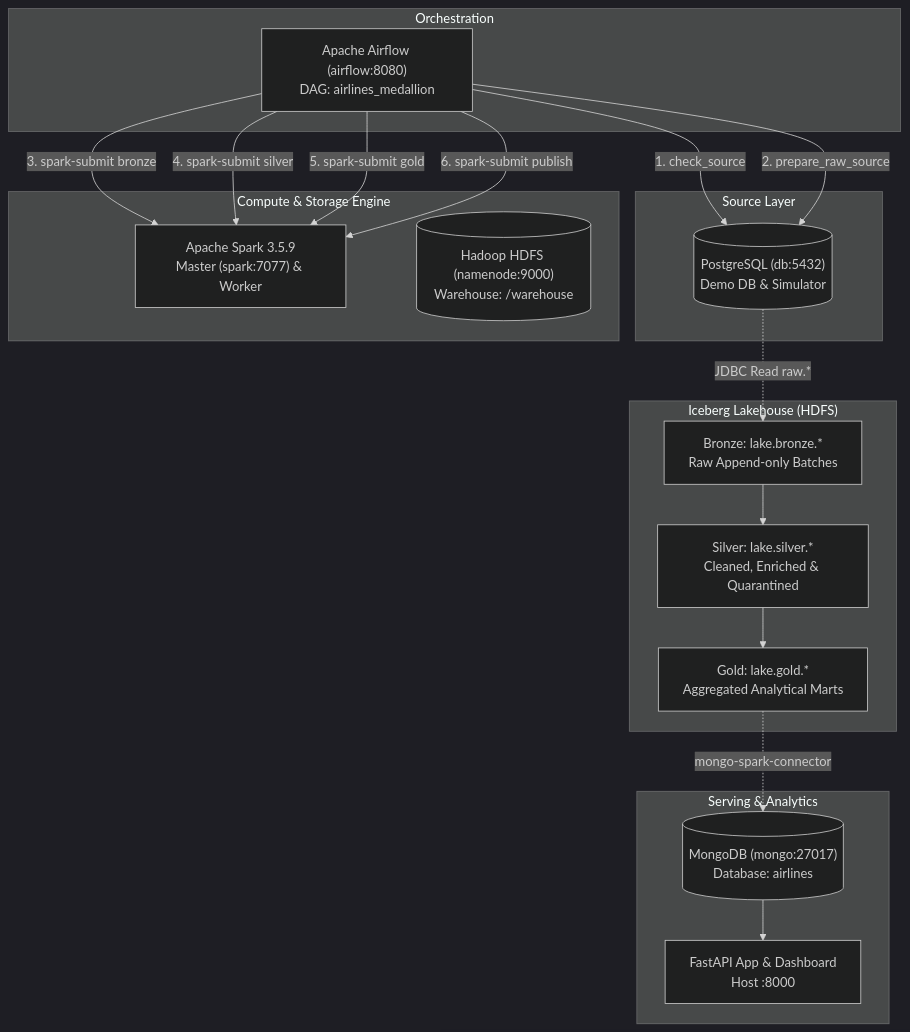
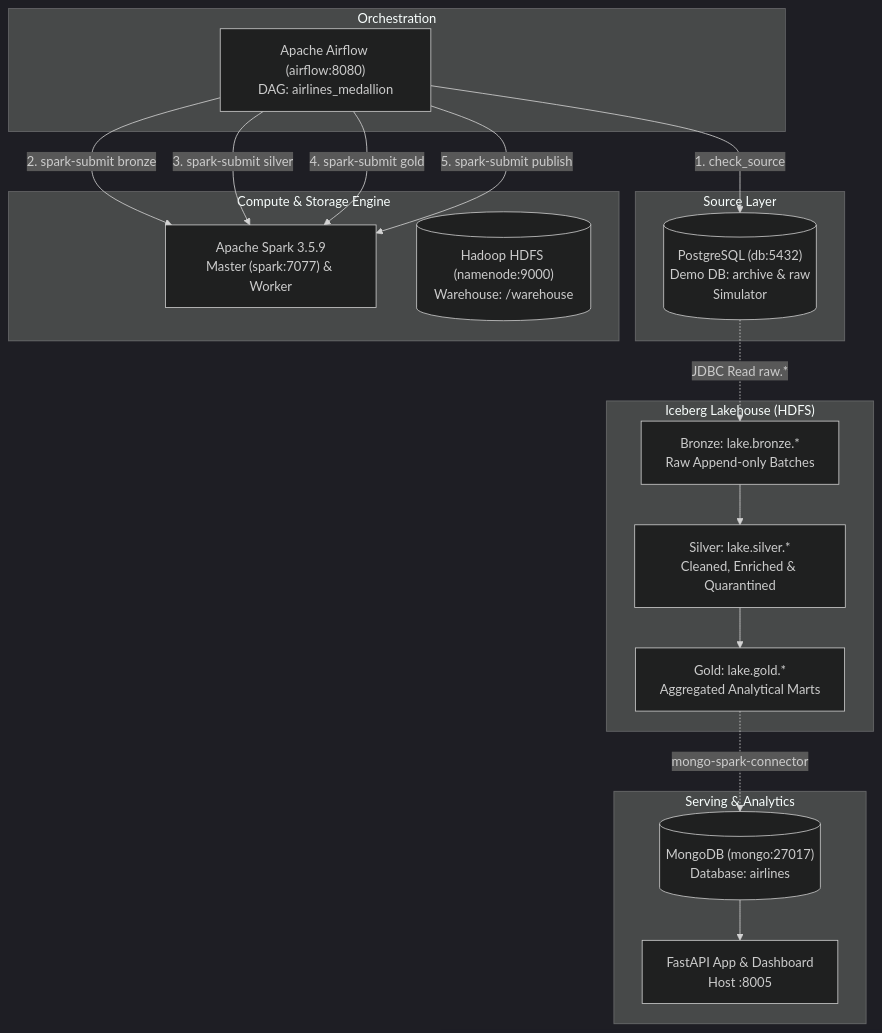
The diagram in README.md (datvunm/KTDL-Group20), drawn with Mermaid (dark theme) before and after one commit. The commit also changed other lines of this file and 14 other files, not shown here.

Commit message:
refactor: simulate on raw tables and drop prepare_raw_source

````diff
--- a/README.md
+++ b/README.md
@@ -13,39 +13,38 @@
 ```mermaid
 flowchart TD
     subgraph Source["Source Layer"]
-        PG[("PostgreSQL (db:5432)<br/>Demo DB & Simulator")]
+        PG[("PostgreSQL (db:5432)<br/>Demo DB: archive & raw<br/>Simulator")]
     end
 
     subgraph Orchestration["Orchestration"]
         AF["Apache Airflow (airflow:8080)<br/>DAG: airlines_medallion"]
     end
 
     subgraph Compute["Compute & Storage Engine"]
         SPARK["Apache Spark 3.5.9<br/>Master (spark:7077) & Worker"]
         HDFS[("Hadoop HDFS (namenode:9000)<br/>Warehouse: /warehouse")]
     end
 
     subgraph Medallion["Iceberg Lakehouse (HDFS)"]
         BRONZE["Bronze: lake.bronze.*<br/>Raw Append-only Batches"]
         SILVER["Silver: lake.silver.*<br/>Cleaned, Enriched & Quarantined"]
         GOLD["Gold: lake.gold.*<br/>Aggregated Analytical Marts"]
     end
 
     subgraph Serving["Serving & Analytics"]
         MONGO[("MongoDB (mongo:27017)<br/>Database: airlines")]
-        DASH["FastAPI App & Dashboard<br/>Host :8000"]
+        DASH["FastAPI App & Dashboard<br/>Host :8005"]
     end
 
     AF -->|1. check_source| PG
-    AF -->|2. prepare_raw_source| PG
-    AF -->|3. spark-submit bronze| SPARK
-    AF -->|4. spark-submit silver| SPARK
-    AF -->|5. spark-submit gold| SPARK
-    AF -->|6. spark-submit publish| SPARK
+    AF -->|2. spark-submit bronze| SPARK
+    AF -->|3. spark-submit silver| SPARK
+    AF -->|4. spark-submit gold| SPARK
+    AF -->|5. spark-submit publish| SPARK
 
     PG -.->|JDBC Read raw.*| BRONZE
     BRONZE --> SILVER
     SILVER --> GOLD
     GOLD -.->|mongo-spark-connector| MONGO
     MONGO --> DASH
 ```
````
